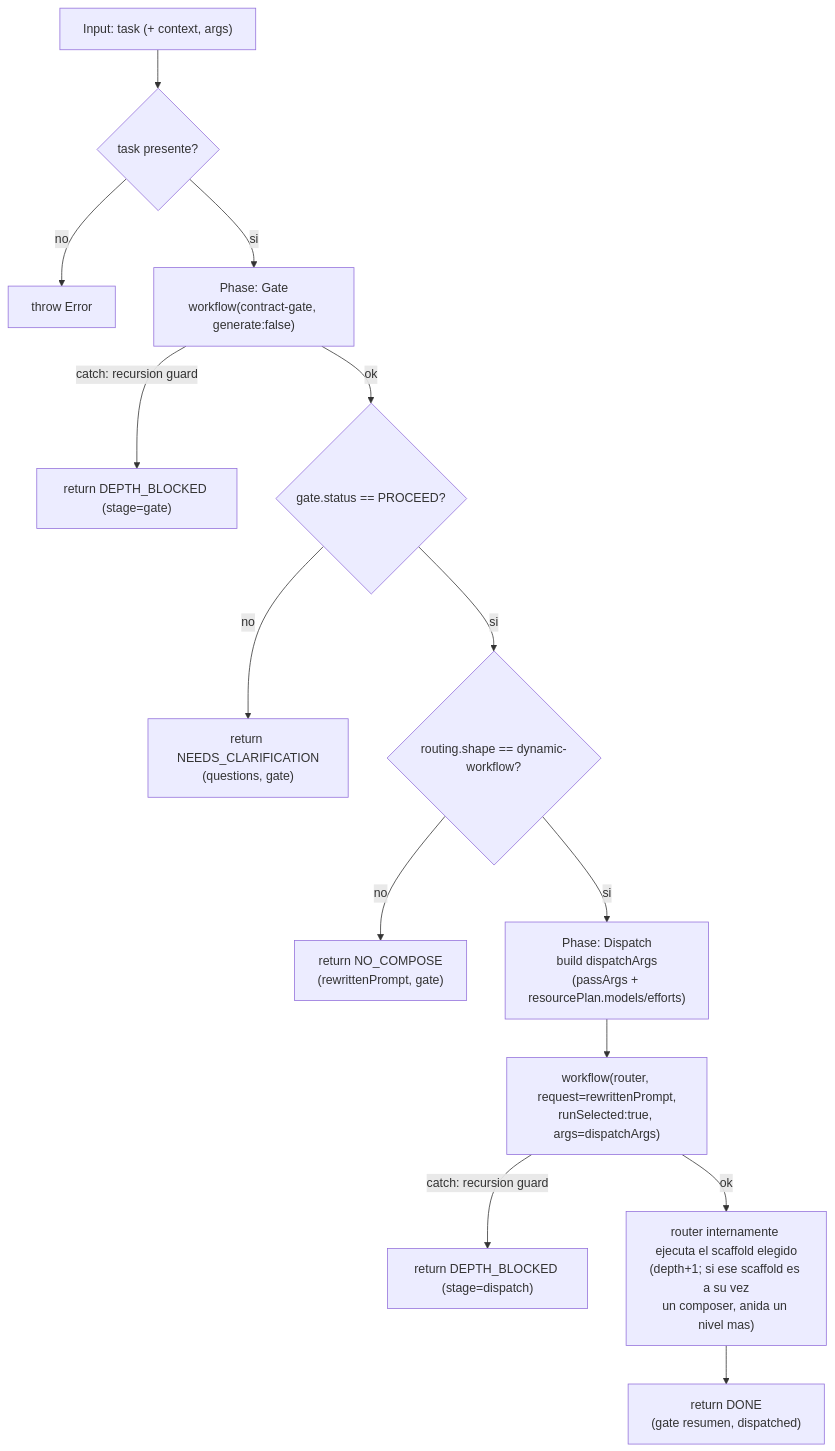
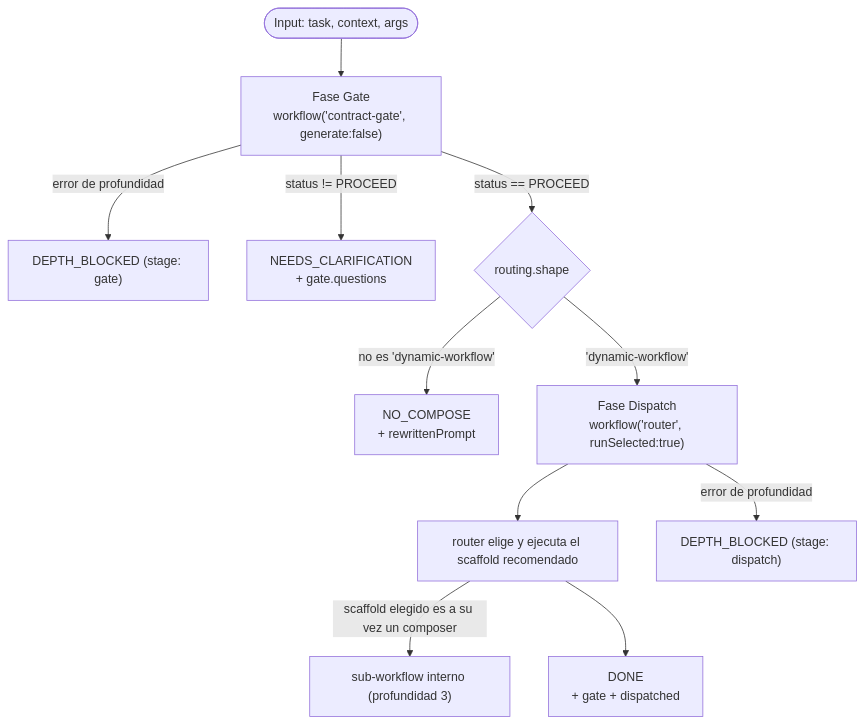
One commit to andrestobelem/pandi-extensions changed the diagram in docs/scaffolds/recursive-compose.md. Above: the diagram before and after it, drawn with Mermaid. The commit also changed other lines of this file and 43 other files, not shown here.

````diff
--- a/docs/scaffolds/recursive-compose.md
+++ b/docs/scaffolds/recursive-compose.md
@@ -20,20 +44,13 @@
 ```mermaid
 flowchart TD
-    A["Input: task (+ context, args)"] --> B{"task presente?"}
-    B -- no --> B1["throw Error"]
-    B -- si --> C["Phase: Gate<br/>workflow(contract-gate, generate:false)"]
-
-    C -->|"catch: recursion guard"| D1["return DEPTH_BLOCKED (stage=gate)"]
-    C -->|"ok"| E{"gate.status == PROCEED?"}
-
-    E -- no --> F["return NEEDS_CLARIFICATION<br/>(questions, gate)"]
-    E -- si --> G{"routing.shape == dynamic-workflow?"}
-
-    G -- no --> H["return NO_COMPOSE<br/>(rewrittenPrompt, gate)"]
-    G -- si --> I["Phase: Dispatch<br/>build dispatchArgs<br/>(passArgs + resourcePlan.models/efforts)"]
-
-    I --> J["workflow(router, request=rewrittenPrompt,<br/>runSelected:true, args=dispatchArgs)"]
-    J -->|"catch: recursion guard"| D2["return DEPTH_BLOCKED (stage=dispatch)"]
-    J -->|"ok"| K["router internamente ejecuta el scaffold elegido<br/>(depth+1; si ese scaffold es a su vez<br/>un composer, anida un nivel mas)"]
-    K --> L["return DONE<br/>(gate resumen, dispatched)"]
+    Start(["Input: task, context, args"]) --> Gate["Fase Gate<br/>workflow('contract-gate', generate:false)"]
+    Gate -->|"error de profundidad"| DepthGate["DEPTH_BLOCKED (stage: gate)"]
+    Gate -->|"status != PROCEED"| Needs["NEEDS_CLARIFICATION<br/>+ gate.questions"]
+    Gate -->|"status == PROCEED"| Shape{"routing.shape"}
+    Shape -->|"no es 'dynamic-workflow'"| NoCompose["NO_COMPOSE<br/>+ rewrittenPrompt"]
+    Shape -->|"'dynamic-workflow'"| Dispatch["Fase Dispatch<br/>workflow('router', runSelected:true)"]
+    Dispatch --> Router["router elige y ejecuta el scaffold recomendado"]
+    Router -->|"scaffold elegido es a su vez un composer"| Deeper["sub-workflow interno (profundidad 3)"]
+    Dispatch -->|"error de profundidad"| DepthDispatch["DEPTH_BLOCKED (stage: dispatch)"]
+    Router --> Done["DONE<br/>+ gate + dispatched"]
 ```
````
